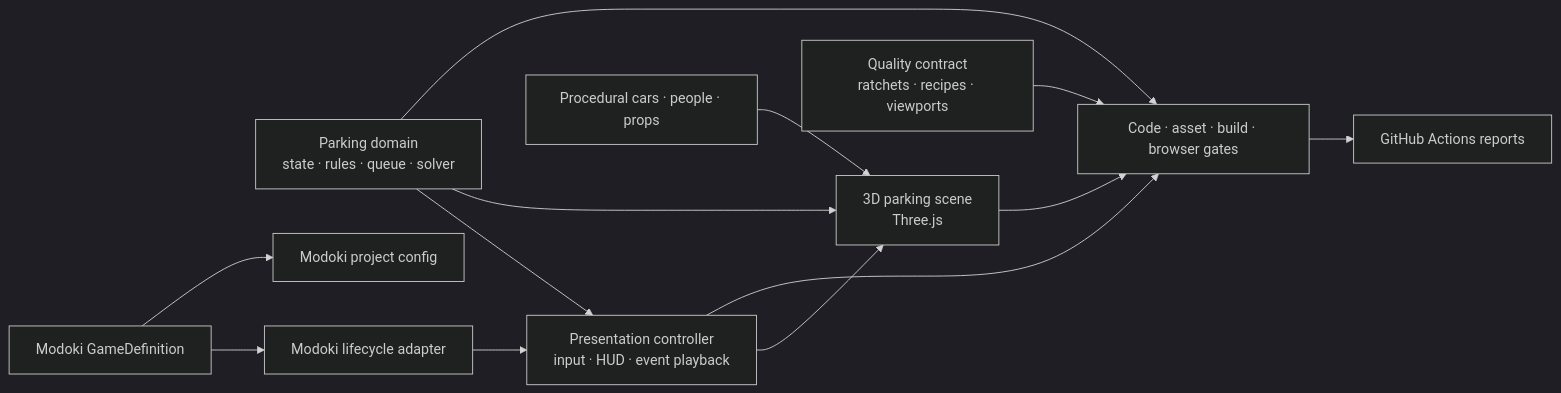
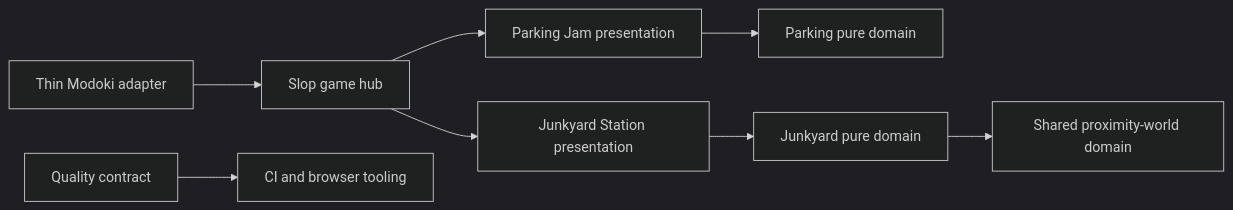
One commit to T-Damer/slop changed the diagram in architecture/current.mmd. Above: the diagram before and after it, drawn with Mermaid (dark theme). The commit also changed 56 other files, not shown here.

Commit message:
feat: add game hub and reusable tycoon world

```diff
--- a/architecture/current.mmd
+++ b/architecture/current.mmd
@@ -1,14 +1,8 @@
 flowchart LR
-    Domain[Parking domain\nstate · rules · queue · solver] --> App[Presentation controller\ninput · HUD · event playback]
-    Domain --> Scene[3D parking scene\nThree.js]
-    App --> Scene
-    Models[Procedural cars · people · props] --> Scene
-    Setup[Modoki lifecycle adapter] --> App
-    Game[Modoki GameDefinition] --> Setup
-    Game --> Config[Modoki project config]
-
-    Contract[Quality contract\nratchets · recipes · viewports] --> Gates[Code · asset · build · browser gates]
-    Domain --> Gates
-    App --> Gates
-    Scene --> Gates
-    Gates --> CI[GitHub Actions reports]
+    Hub[Slop game hub] --> ParkingPresentation[Parking Jam presentation]
+    Hub --> JunkyardPresentation[Junkyard Station presentation]
+    ParkingPresentation --> ParkingDomain[Parking pure domain]
+    JunkyardPresentation --> JunkyardDomain[Junkyard pure domain]
+    JunkyardDomain --> ProximityDomain[Shared proximity-world domain]
+    Adapter[Thin Modoki adapter] --> Hub
+    Quality[Quality contract] --> Tooling[CI and browser tooling]
```
